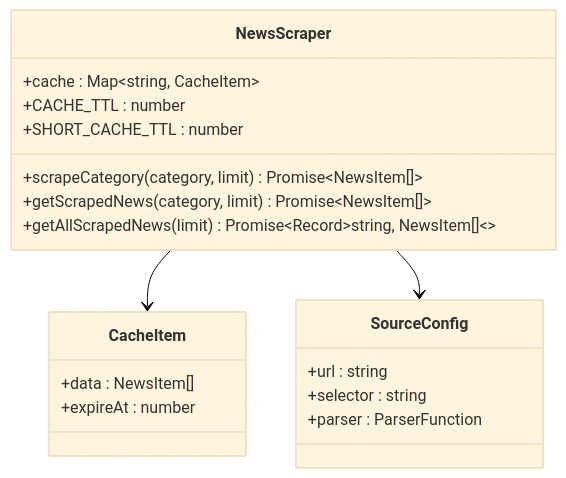
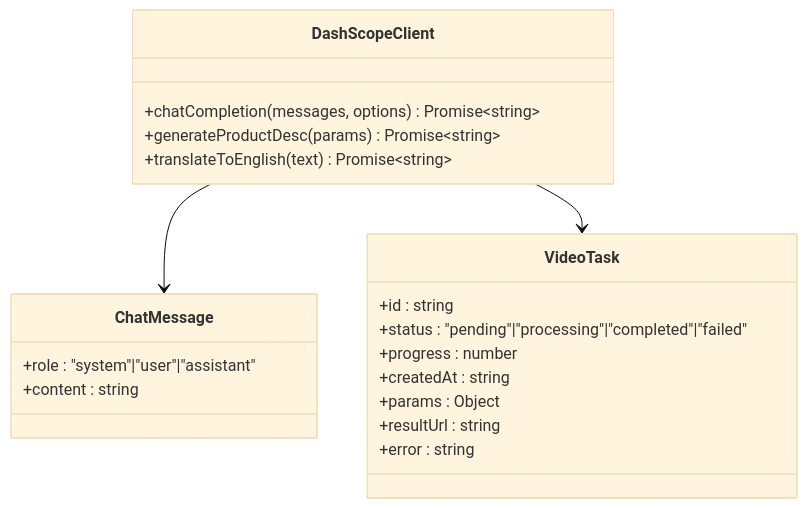
The sixth of 12 diagrams in .qoder/repowiki/zh/content/核心功能模块/AI实验室模块.md (zuozuoliu740-cmd/xianxiong-news), drawn with Mermaid (base theme) before and after one commit. The commit also changed other lines of this file and 6 other files, not shown here.

````diff
--- a/.qoder/repowiki/zh/content/核心功能模块/AI实验室模块.md
+++ b/.qoder/repowiki/zh/content/核心功能模块/AI实验室模块.md
@@ -246,22 +290,23 @@
 ```mermaid
 classDiagram
-class NewsScraper {
-+cache : Map~string, CacheItem~
-+CACHE_TTL : number
-+SHORT_CACHE_TTL : number
-+scrapeCategory(category, limit) Promise~NewsItem[]~
-+getScrapedNews(category, limit) Promise~NewsItem[]~
-+getAllScrapedNews(limit) Promise~Record~string, NewsItem[]~~
+class DashScopeClient {
++chatCompletion(messages, options) Promise~string~
++generateProductDesc(params) Promise~string~
++translateToEnglish(text) Promise~string~
 }
-class CacheItem {
-+data : NewsItem[]
-+expireAt : number
+class ChatMessage {
++role : "system"|"user"|"assistant"
++content : string
 }
-class SourceConfig {
-+url : string
-+selector : string
-+parser : ParserFunction
+class VideoTask {
++id : string
++status : "pending"|"processing"|"completed"|"failed"
++progress : number
++createdAt : string
++params : Object
++resultUrl : string
++error : string
 }
-NewsScraper --> CacheItem
-NewsScraper --> SourceConfig
+DashScopeClient --> ChatMessage
+DashScopeClient --> VideoTask
 ```
````
